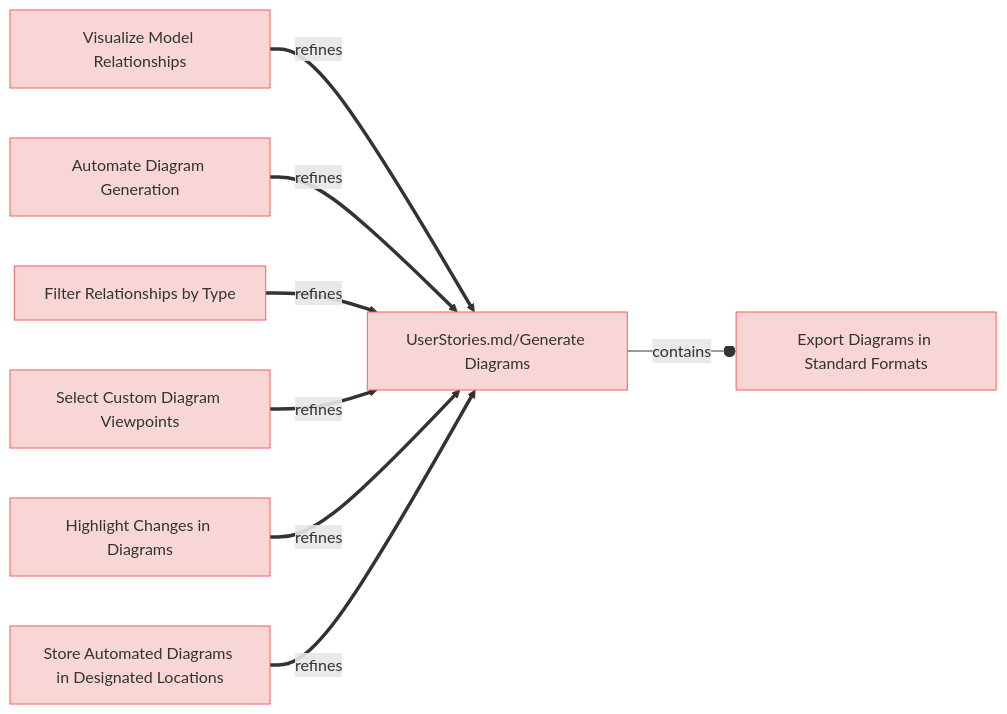
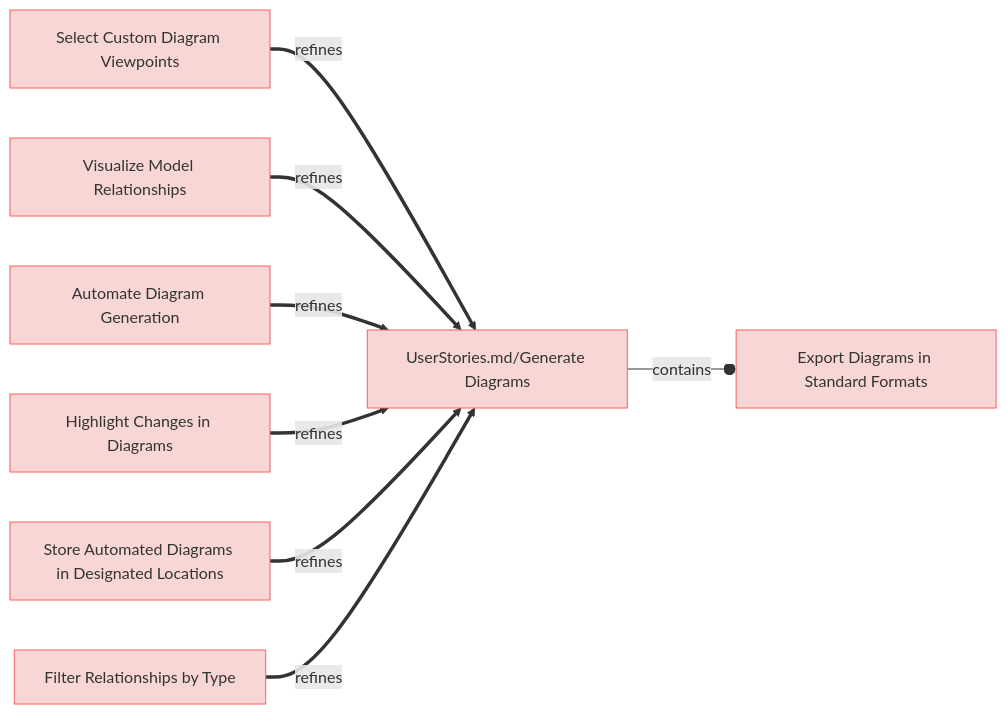
The second of 4 diagrams in specifications/UserRequirements.md (reqvire-org/reqvire), drawn with Mermaid before and after one commit. The commit also changed other lines of this file and 10 other files, not shown here.

````diff
--- a/specifications/UserRequirements.md
+++ b/specifications/UserRequirements.md
@@ -108,40 +100,40 @@
 ```mermaid
 graph LR;
   %% Graph styling
   classDef requirement fill:#f9d6d6,stroke:#f55f5f,stroke-width:1px;
   classDef verification fill:#d6f9d6,stroke:#5fd75f,stroke-width:1px;
   classDef externalLink fill:#d0e0ff,stroke:#3080ff,stroke-width:1px;
   classDef default fill:#f5f5f5,stroke:#333333,stroke-width:1px;
 
+  30053341d8["Select Custom Diagram Viewpoints"];
+  click 30053341d8 "UserRequirements.md#select-custom-diagram-viewpoints";
+  class 30053341d8 requirement;
+  cf0026c2fe["UserStories.md/Generate Diagrams"];
+  class cf0026c2fe requirement;
+  click cf0026c2fe "UserStories.md#generate-diagrams";
+  30053341d8 ==>|refines| cf0026c2fe;
   a6a8362836["Visualize Model Relationships"];
   click a6a8362836 "UserRequirements.md#visualize-model-relationships";
   class a6a8362836 requirement;
-  cf0026c2fe["UserStories.md/Generate Diagrams"];
-  class cf0026c2fe requirement;
-  click cf0026c2fe "UserStories.md#generate-diagrams";
   a6a8362836 ==>|refines| cf0026c2fe;
   81f9235ded["Automate Diagram Generation"];
   click 81f9235ded "UserRequirements.md#automate-diagram-generation";
   class 81f9235ded requirement;
   81f9235ded ==>|refines| cf0026c2fe;
-  30d97803eb["Filter Relationships by Type"];
-  click 30d97803eb "UserRequirements.md#filter-relationships-by-type";
-  class 30d97803eb requirement;
-  30d97803eb ==>|refines| cf0026c2fe;
-  30053341d8["Select Custom Diagram Viewpoints"];
-  click 30053341d8 "UserRequirements.md#select-custom-diagram-viewpoints";
-  class 30053341d8 requirement;
-  30053341d8 ==>|refines| cf0026c2fe;
   fd7388e379["Highlight Changes in Diagrams"];
   click fd7388e379 "UserRequirements.md#highlight-changes-in-diagrams";
   class fd7388e379 requirement;
   fd7388e379 ==>|refines| cf0026c2fe;
   aee397f35b["Store Automated Diagrams in Designated Locations"];
   click aee397f35b "UserRequirements.md#store-automated-diagrams-in-designated-locations";
   class aee397f35b requirement;
   aee397f35b ==>|refines| cf0026c2fe;
   10c00a1bd1["Export Diagrams in Standard Formats"];
   click 10c00a1bd1 "UserRequirements.md#export-diagrams-in-standard-formats";
   class 10c00a1bd1 requirement;
   cf0026c2fe --o|contains| 10c00a1bd1;
+  30d97803eb["Filter Relationships by Type"];
+  click 30d97803eb "UserRequirements.md#filter-relationships-by-type";
+  class 30d97803eb requirement;
+  30d97803eb ==>|refines| cf0026c2fe;
 ```
````
